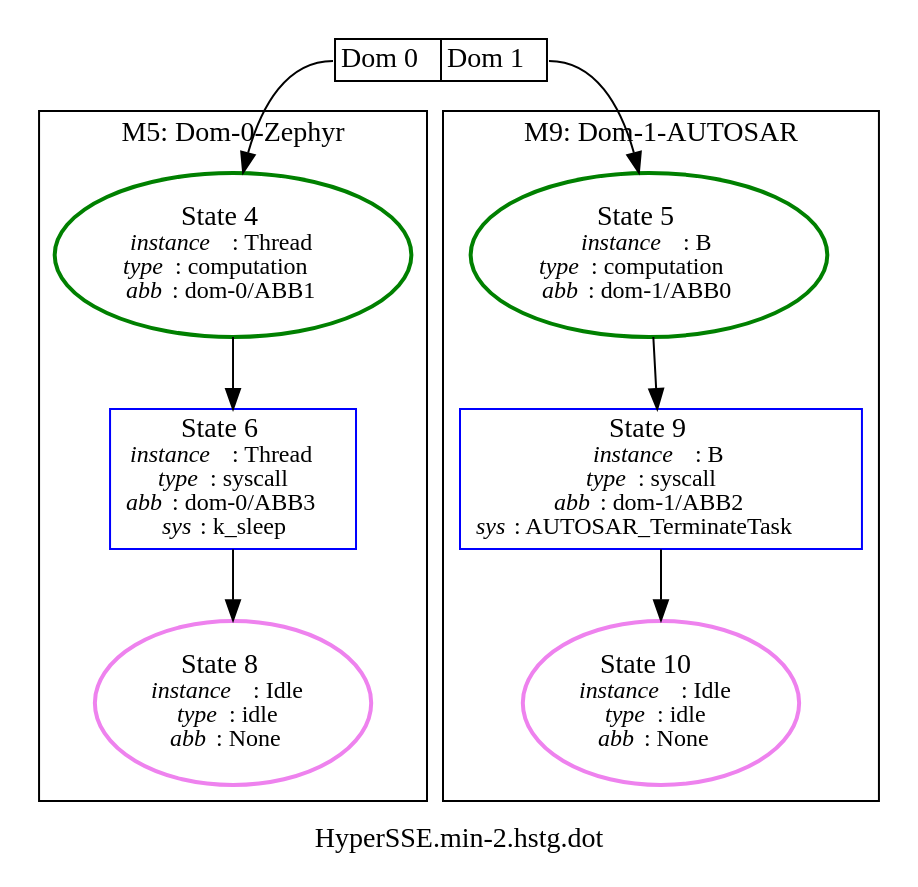
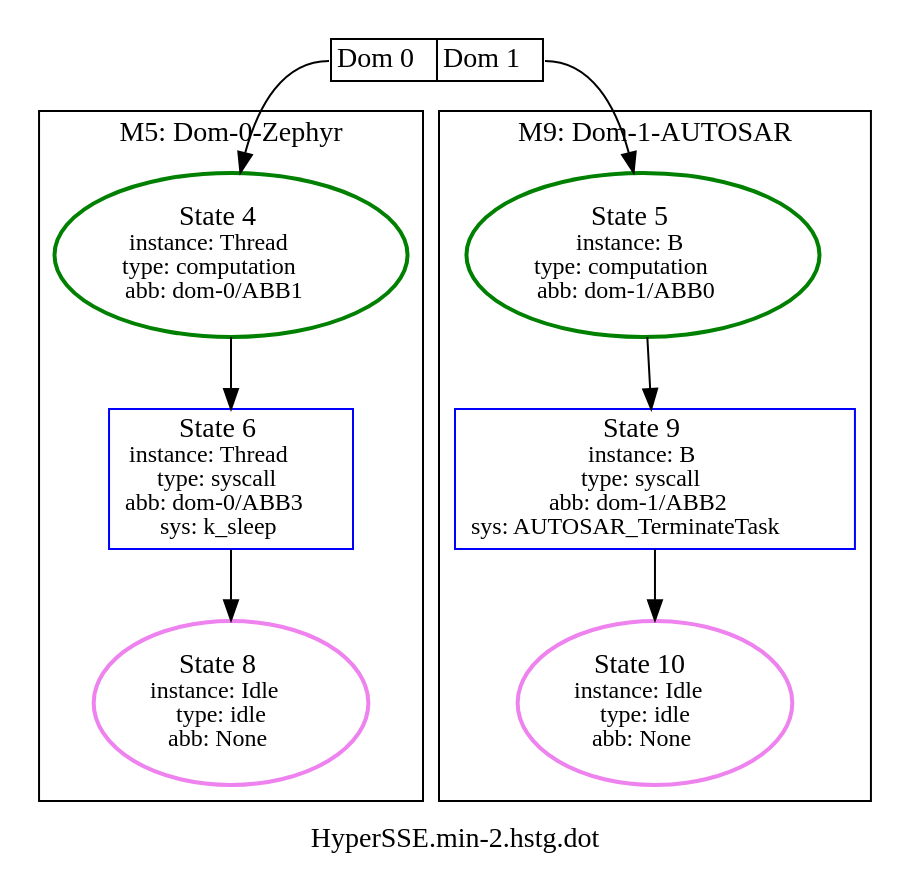
One commit to luhsra/ara changed the diagram in appl/Xen/min-2/HyperSSE.min-2.hstg.dot. Above: the diagram before and after it, drawn with Graphviz. The commit also changed 10 other files, not shown here.

```diff
--- a/appl/Xen/min-2/HyperSSE.min-2.hstg.dot
+++ b/appl/Xen/min-2/HyperSSE.min-2.hstg.dot
@@ -1,24 +1,24 @@
 digraph G {
 label="HyperSSE.min-2.hstg.dot";
 1 [label=<<TABLE BORDER="0" CELLBORDER="1" CELLSPACING="0"><TR><TD PORT="c0">Dom 0</TD><TD PORT="c1">Dom 1</TD></TR></TABLE>>, shape=plaintext, tooltip=1];
 subgraph cluster_5 {
 label="M5: Dom-0-Zephyr";
-2 [color=green, fontsize=14, label=<State 4<br/><font point-size='12'><i>instance</i>: Thread<br/><i>type</i>: computation<br/><i>abb</i>: dom-0/ABB1</font>>, style=bold, tooltip=2];
-3 [color=blue, fontsize=14, label=<State 6<br/><font point-size='12'><i>instance</i>: Thread<br/><i>type</i>: syscall<br/><i>abb</i>: dom-0/ABB3<br/><i>sys</i>: k_sleep</font>>, shape=box, tooltip=3];
-4 [color=violet, fontsize=14, label=<State 8<br/><font point-size='12'><i>instance</i>: Idle<br/><i>type</i>: idle<br/><i>abb</i>: None</font>>, style=bold, tooltip=4];
+2 [color=green, fontsize=14, label=<State 4<br/><font point-size='12'>instance: Thread<br/>type: computation<br/>abb: dom-0/ABB1</font>>, style=bold, tooltip=2];
+3 [color=blue, fontsize=14, label=<State 6<br/><font point-size='12'>instance: Thread<br/>type: syscall<br/>abb: dom-0/ABB3<br/>sys: k_sleep</font>>, shape=box, tooltip=3];
+4 [color=violet, fontsize=14, label=<State 8<br/><font point-size='12'>instance: Idle<br/>type: idle<br/>abb: None</font>>, style=bold, tooltip=4];
 }
 
 subgraph cluster_9 {
 label="M9: Dom-1-AUTOSAR";
-8 [color=violet, fontsize=14, label=<State 10<br/><font point-size='12'><i>instance</i>: Idle<br/><i>type</i>: idle<br/><i>abb</i>: None</font>>, style=bold, tooltip=8];
-6 [color=green, fontsize=14, label=<State 5<br/><font point-size='12'><i>instance</i>: B<br/><i>type</i>: computation<br/><i>abb</i>: dom-1/ABB0</font>>, style=bold, tooltip=6];
-7 [color=blue, fontsize=14, label=<State 9<br/><font point-size='12'><i>instance</i>: B<br/><i>type</i>: syscall<br/><i>abb</i>: dom-1/ABB2<br/><i>sys</i>: AUTOSAR_TerminateTask</font>>, shape=box, tooltip=7];
+8 [color=violet, fontsize=14, label=<State 10<br/><font point-size='12'>instance: Idle<br/>type: idle<br/>abb: None</font>>, style=bold, tooltip=8];
+6 [color=green, fontsize=14, label=<State 5<br/><font point-size='12'>instance: B<br/>type: computation<br/>abb: dom-1/ABB0</font>>, style=bold, tooltip=6];
+7 [color=blue, fontsize=14, label=<State 9<br/><font point-size='12'>instance: B<br/>type: syscall<br/>abb: dom-1/ABB2<br/>sys: AUTOSAR_TerminateTask</font>>, shape=box, tooltip=7];
 }
 
 1:c0 -> 2  [color=black];
 1:c1 -> 6  [color=black];
 2 -> 3  [color=black];
 3 -> 4  [color=black];
 6 -> 7  [color=black];
 7 -> 8  [color=black];
 }
```
